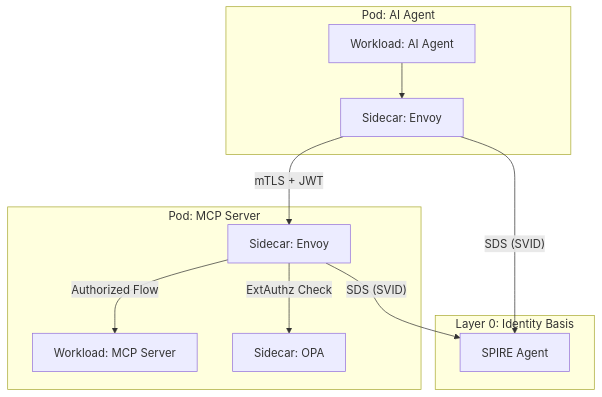
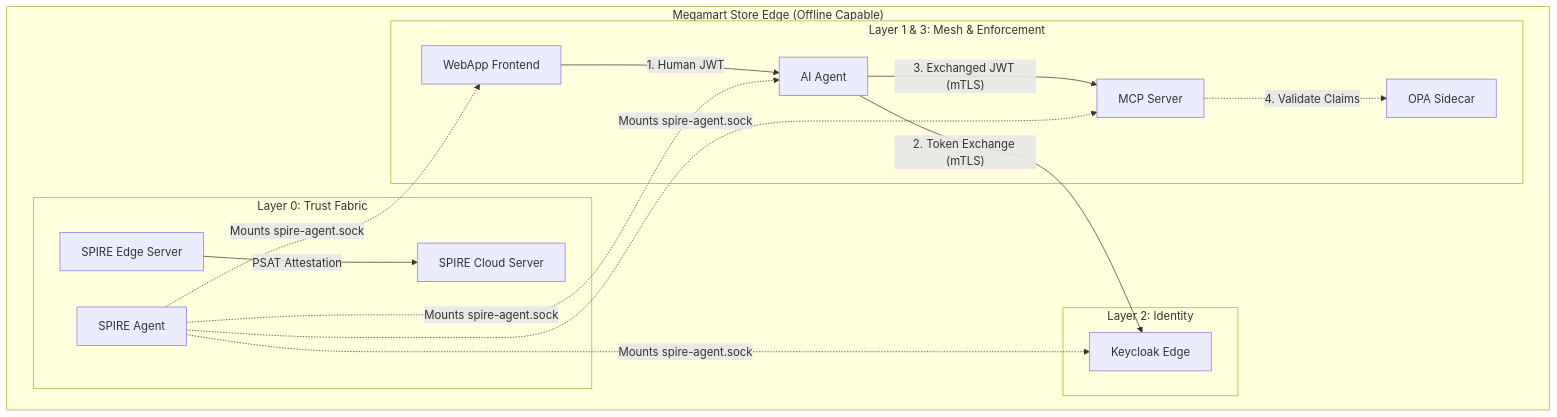
One commit to rtarway/spiffe-spire-playground changed the diagram in architectural_review.md. Above: the diagram before and after it, drawn with Mermaid. The commit also changed other lines of this file, not shown here.

````diff
--- a/architectural_review.md
+++ b/architectural_review.md
@@ -61,27 +23,32 @@
 ```mermaid
 graph TD
-    subgraph "Pod: AI Agent"
-        Agent[Workload: AI Agent]
-        AE[Sidecar: Envoy]
+    subgraph "Megamart Store Edge (Offline Capable)"
+        
+        subgraph "Layer 0: Trust Fabric"
+            SA[SPIRE Agent]
+            SS[SPIRE Edge Server]
+            SS -- "PSAT Attestation" --> Cloud[SPIRE Cloud Server]
+        end
+
+        subgraph "Layer 2: Identity"
+            KC[Keycloak Edge]
+        end
+
+        subgraph "Layer 1 & 3: Mesh & Enforcement"
+            WA[WebApp Frontend]
+            AI[AI Agent]
+            MCP[MCP Server]
+            OPA[OPA Sidecar]
+            
+            WA -- "1. Human JWT" --> AI
+            AI -- "2. Token Exchange (mTLS)" --> KC
+            AI -- "3. Exchanged JWT (mTLS)" --> MCP
+            MCP -. "4. Validate Claims" .-> OPA
+        end
+        
+        SA -. "Mounts spire-agent.sock" .-> WA
+        SA -. "Mounts spire-agent.sock" .-> AI
+        SA -. "Mounts spire-agent.sock" .-> MCP
+        SA -. "Mounts spire-agent.sock" .-> KC
     end
-
-    subgraph "Pod: MCP Server"
-        MCP[Workload: MCP Server]
-        ME[Sidecar: Envoy]
-        OPA[Sidecar: OPA]
-    end
-
-    subgraph "Layer 0: Identity Basis"
-        SPIRE[SPIRE Agent]
-    end
-
-    %% SDS Flow
-    AE -- "SDS (SVID)" --> SPIRE
-    ME -- "SDS (SVID)" --> SPIRE
-
-    %% Request Flow
-    Agent --> AE
-    AE -- "mTLS + JWT" --> ME
-    ME -- "ExtAuthz Check" --> OPA
-    ME -- "Authorized Flow" --> MCP
 ```
````
